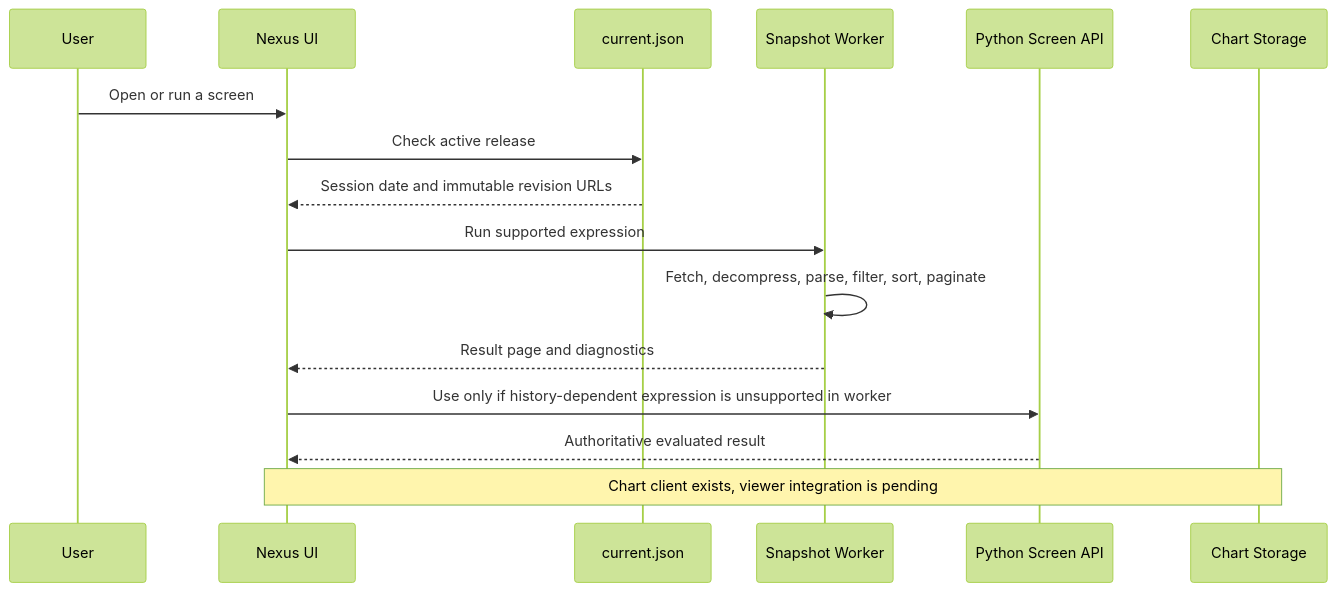
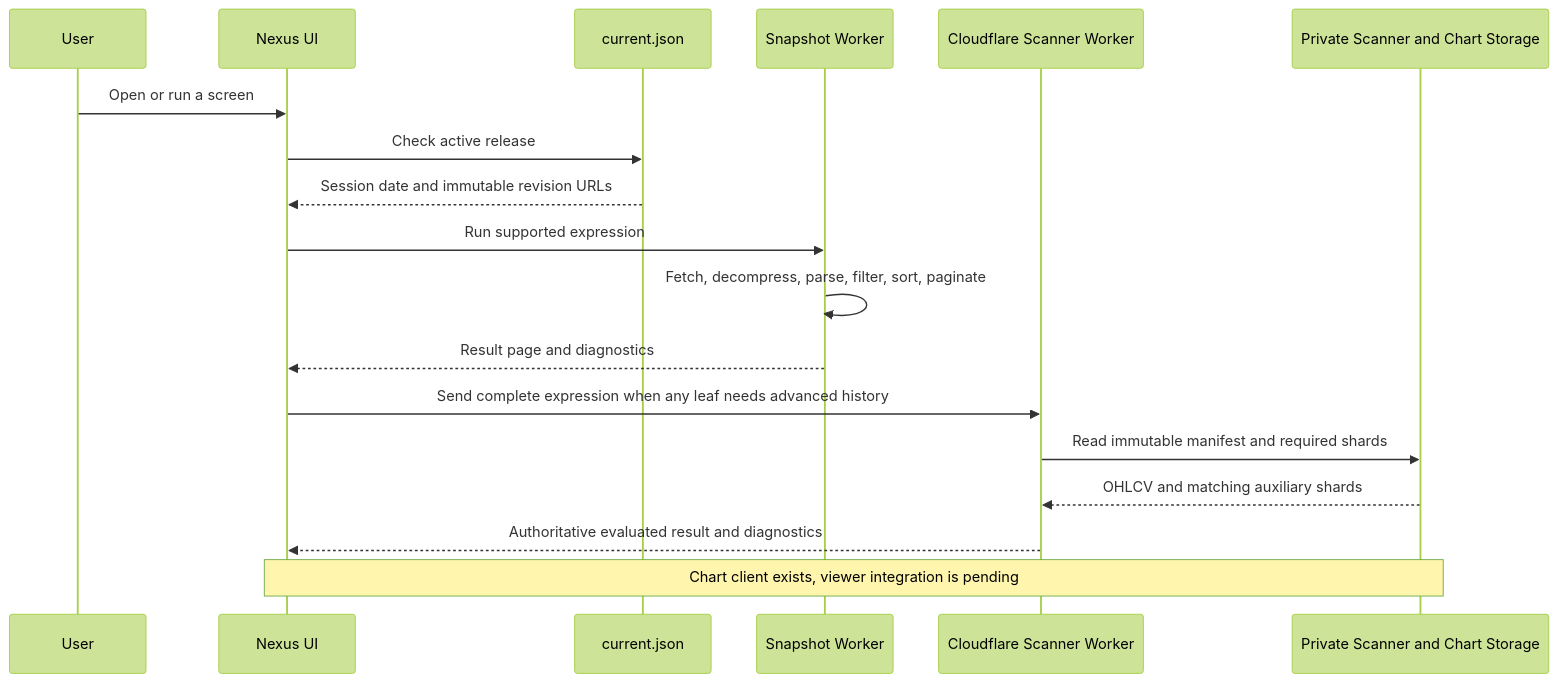
Before and after one commit to Anny26022/chartsmaze_clone: the first of 2 diagrams in README.md, drawn with Mermaid (forest theme). The commit also changed other lines of this file and 34 other files, not shown here.

Commit message:
Add browser-first Cloudflare scanner engine

````diff
--- a/README.md
+++ b/README.md
@@ -303,19 +305,21 @@
 ```mermaid
 sequenceDiagram
   participant U as User
   participant UI as Nexus UI
   participant M as current.json
   participant W as Snapshot Worker
-  participant API as Python Screen API
-  participant R2 as Chart Storage
+  participant API as Cloudflare Scanner Worker
+  participant R2 as Private Scanner and Chart Storage
 
   U->>UI: Open or run a screen
   UI->>M: Check active release
   M-->>UI: Session date and immutable revision URLs
   UI->>W: Run supported expression
   W->>W: Fetch, decompress, parse, filter, sort, paginate
   W-->>UI: Result page and diagnostics
-  UI->>API: Use only if history-dependent expression is unsupported in worker
-  API-->>UI: Authoritative evaluated result
+  UI->>API: Send complete expression when any leaf needs advanced history
+  API->>R2: Read immutable manifest and required shards
+  R2-->>API: OHLCV and matching auxiliary shards
+  API-->>UI: Authoritative evaluated result and diagnostics
   Note over UI,R2: Chart client exists, viewer integration is pending
 ```
````
